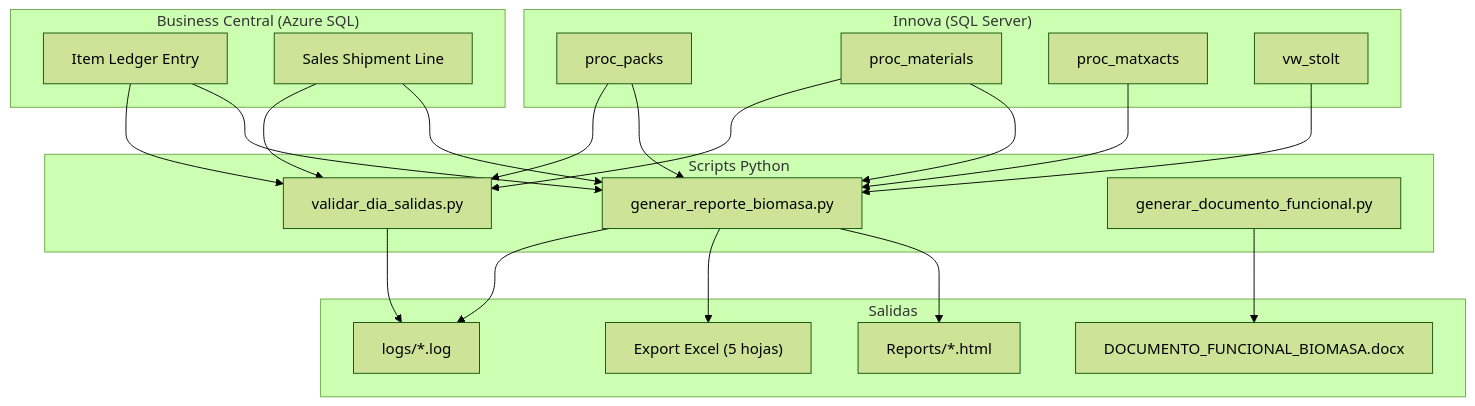
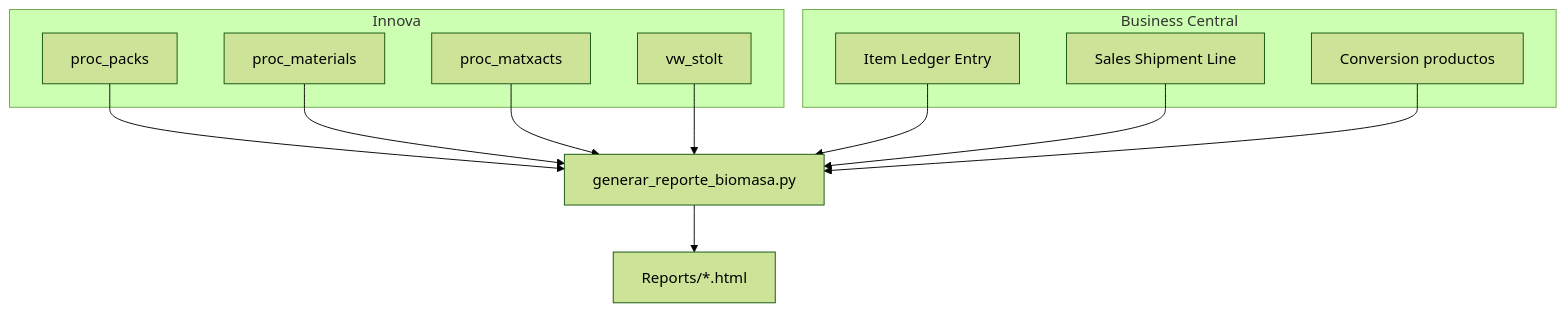
Before and after one commit to gonzalezgangelica-sudo/balance-de-masa-v2: the diagram in README.md, drawn with Mermaid (forest theme). The commit also changed other lines of this file and 5 other files, not shown here.

````diff
--- a/README.md
+++ b/README.md
@@ -36,45 +46,27 @@
 ```mermaid
 flowchart TB
-    subgraph Innova["Innova (SQL Server)"]
+    subgraph Innova["Innova"]
         PP["proc_packs"]
         PM["proc_materials"]
         MX["proc_matxacts"]
         VS["vw_stolt"]
     end
 
-    subgraph BC["Business Central (Azure SQL)"]
+    subgraph BC["Business Central"]
         ILE["Item Ledger Entry"]
         SSL["Sales Shipment Line"]
+        CP["Conversion productos"]
     end
 
-    subgraph Scripts["Scripts Python"]
-        GR["generar_reporte_biomasa.py"]
-        VD["validar_dia_salidas.py"]
-        DF["generar_documento_funcional.py"]
-    end
-
-    subgraph Salida["Salidas"]
-        HTML["Reports/*.html"]
-        XLSX["Export Excel (5 hojas)"]
-        DOCX["DOCUMENTO_FUNCIONAL_BIOMASA.docx"]
-        LOG["logs/*.log"]
-    end
+    GR["generar_reporte_biomasa.py"]
+    HTML["Reports/*.html"]
 
     PP --> GR
     PM --> GR
     MX --> GR
     VS --> GR
     ILE --> GR
     SSL --> GR
-
-    PP --> VD
-    PM --> VD
-    ILE --> VD
-    SSL --> VD
-
+    CP --> GR
     GR --> HTML
-    GR --> XLSX
-    GR --> LOG
-    VD --> LOG
-    DF --> DOCX
 ```
````
